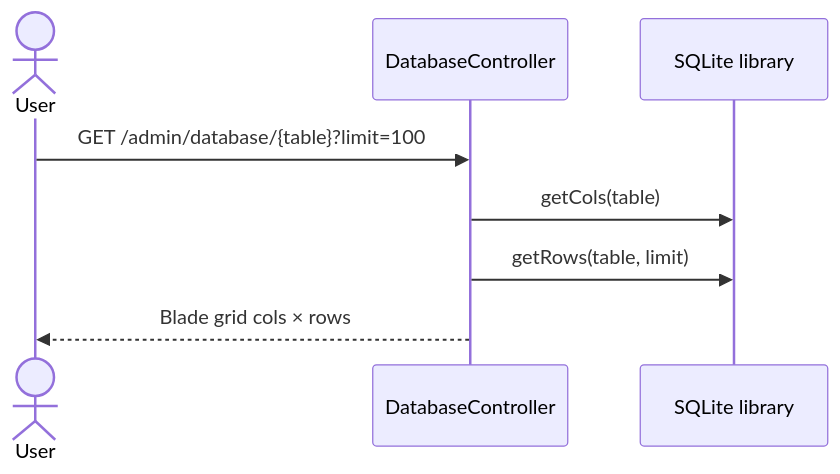
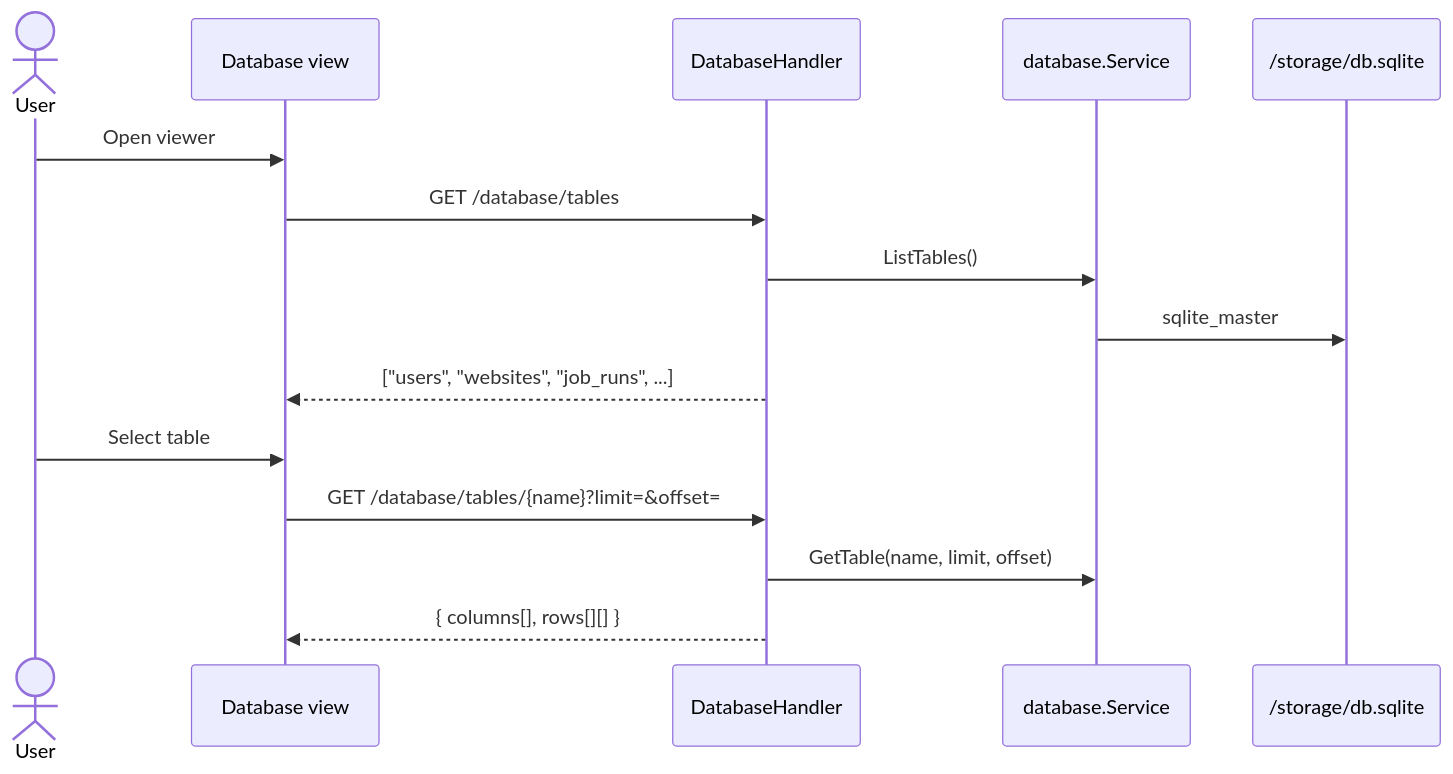
Before and after one commit to jahrulnr/GoSite: the diagram in docs/sequences/16-database-viewer.md, drawn with Mermaid. The commit also changed other lines of this file and 107 other files, not shown here.

````diff
--- a/docs/sequences/16-database-viewer.md
+++ b/docs/sequences/16-database-viewer.md
@@ -23,11 +9,19 @@
 ```mermaid
 sequenceDiagram
     actor User
-    participant DC as DatabaseController
-    participant SQL as SQLite library
+    participant UI as Database view
+    participant H as DatabaseHandler
+    participant Svc as database.Service
+    participant DB as /storage/db.sqlite
 
-    User->>DC: GET /admin/database/{table}?limit=100
-    DC->>SQL: getCols(table)
-    DC->>SQL: getRows(table, limit)
-    DC-->>User: Blade grid cols × rows
+    User->>UI: Open viewer
+    UI->>H: GET /database/tables
+    H->>Svc: ListTables()
+    Svc->>DB: sqlite_master
+    H-->>UI: ["users", "websites", "job_runs", ...]
+
+    User->>UI: Select table
+    UI->>H: GET /database/tables/{name}?limit=&offset=
+    H->>Svc: GetTable(name, limit, offset)
+    H-->>UI: { columns[], rows[][] }
 ```
````
